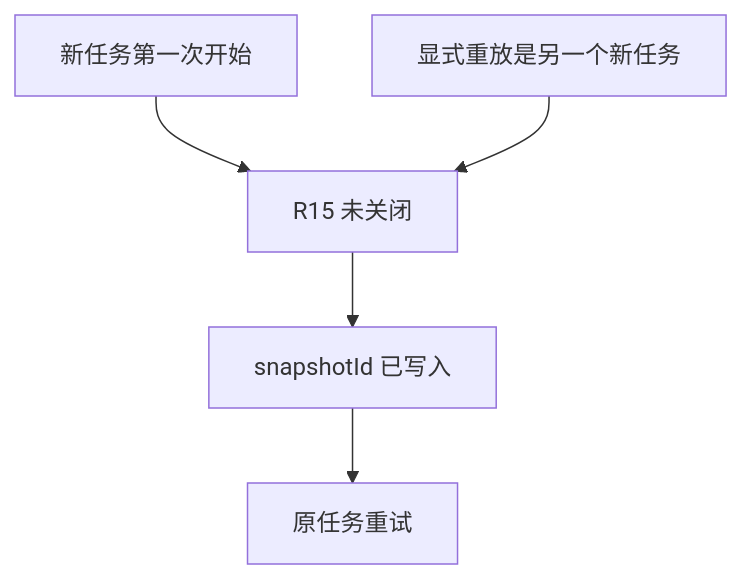
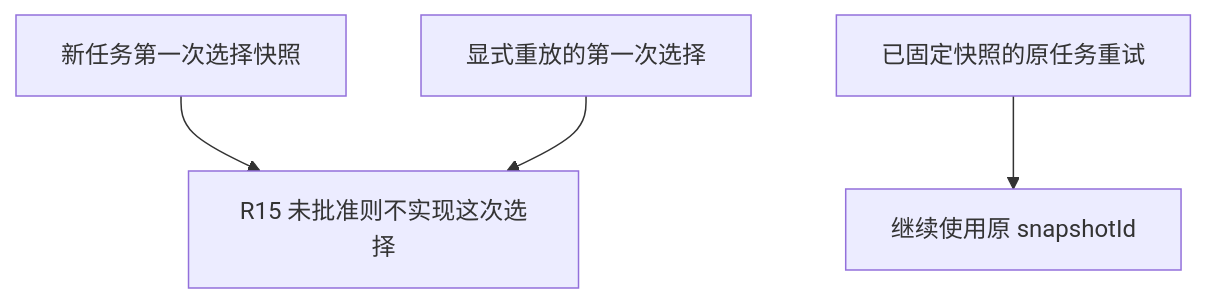
Before and after one commit to david606/mtx-data-platform: the diagram in docs/investigation/round-01/06-04/06-04-60 MTX Data Platform V2 IR-04 R15快照选择决策比较与建议.md, drawn with Mermaid. The commit also changed other lines of this file, not shown here.

````diff
--- a/docs/investigation/round-01/06-04/06-04-60 MTX Data Platform V2 IR-04 R15快照选择决策比较与建议.md
+++ b/docs/investigation/round-01/06-04/06-04-60 MTX Data Platform V2 IR-04 R15快照选择决策比较与建议.md
@@ -88,12 +90,11 @@
 ```mermaid
 flowchart TD
-  newTask[新任务第一次开始]
-  r15[R15 未关闭]
-  fixed[snapshotId 已写入]
-  retry[原任务重试]
-  replay[显式重放是另一个新任务]
+  newTask[新任务第一次选择快照]
+  replay[显式重放的第一次选择]
+  r15[R15 未批准则不实现这次选择]
+  retry[已固定快照的原任务重试]
+  keep[继续使用原 snapshotId]
   newTask --> r15
-  r15 --> fixed
-  fixed --> retry
   replay --> r15
+  retry --> keep
 ```
````
